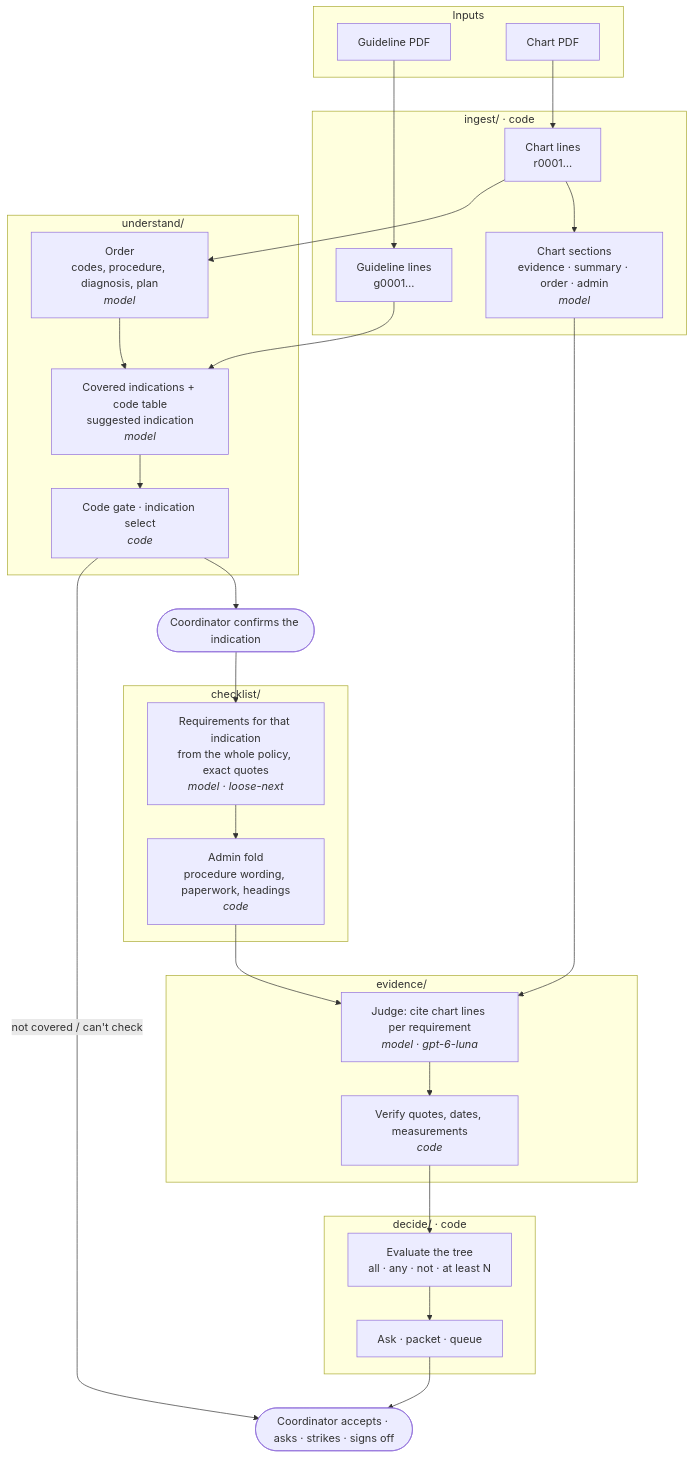
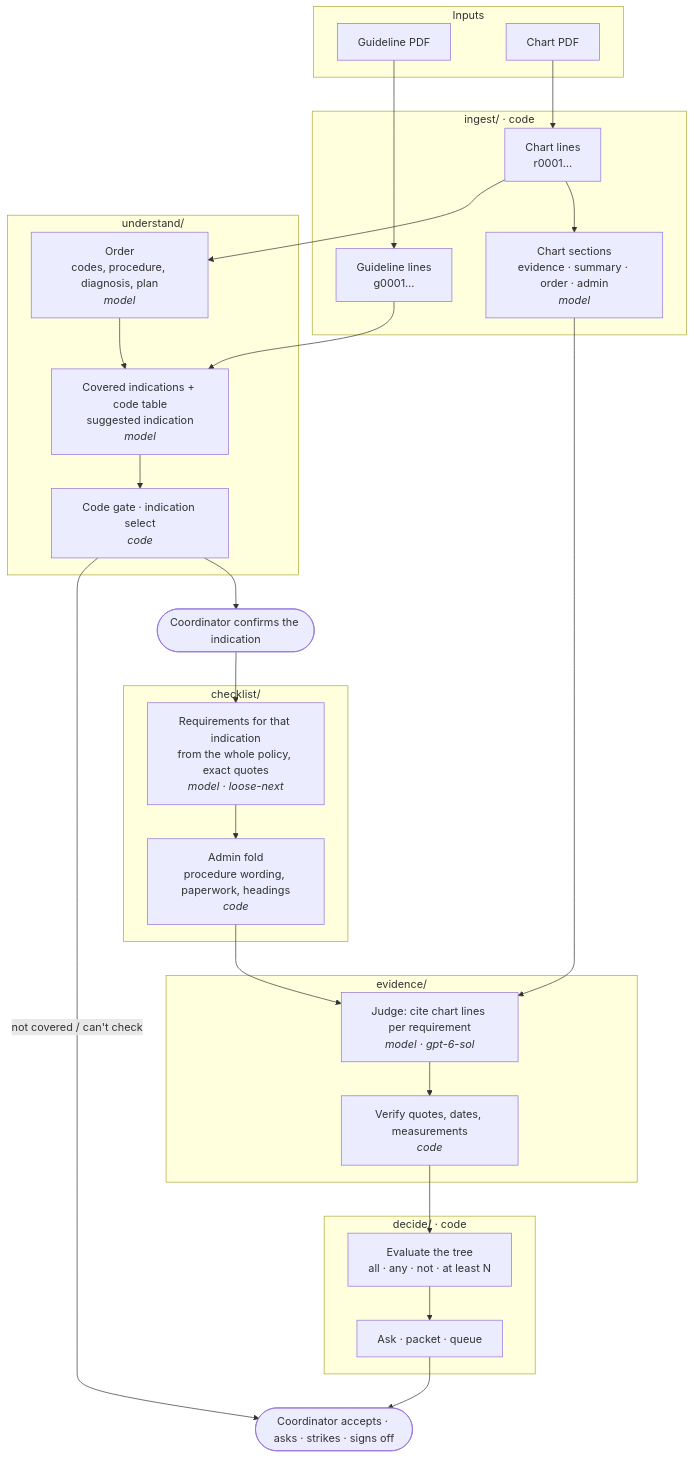
Before and after one commit to praneeljoshi/aira-necessity-mvp: the diagram in docs/architecture.md, drawn with Mermaid.

Commit message:
Judge is sol in diagram

````diff
--- a/docs/architecture.md
+++ b/docs/architecture.md
@@ -6,45 +6,45 @@
 ```mermaid
 flowchart TB
     subgraph IN["Inputs"]
         G["Guideline PDF"]
         C["Chart PDF"]
     end
 
     subgraph INGEST["ingest/ · code"]
         GS["Guideline lines<br/>g0001…"]
         CS["Chart lines<br/>r0001…"]
         A2["Chart sections<br/>evidence · summary · order · admin<br/><i>model</i>"]
     end
 
     subgraph UNDERSTAND["understand/"]
         B["Order<br/>codes, procedure, diagnosis, plan<br/><i>model</i>"]
         CC["Covered indications + code table<br/>suggested indication<br/><i>model</i>"]
         SEL["Code gate · indication select<br/><i>code</i>"]
     end
 
     P1(["Coordinator confirms the indication"])
 
     subgraph CHECK["checklist/"]
         H["Requirements for that indication<br/>from the whole policy, exact quotes<br/><i>model · loose-next</i>"]
         ADM["Admin fold<br/>procedure wording, paperwork, headings<br/><i>code</i>"]
     end
 
     subgraph EVID["evidence/"]
-        J["Judge: cite chart lines per requirement<br/><i>model · gpt-6-luna</i>"]
+        J["Judge: cite chart lines per requirement<br/><i>model · gpt-6-sol</i>"]
         V["Verify quotes, dates, measurements<br/><i>code</i>"]
     end
 
     subgraph DECIDE["decide/ · code"]
         K["Evaluate the tree<br/>all · any · not · at least N"]
         L["Ask · packet · queue"]
     end
 
     P2(["Coordinator accepts · asks · strikes · signs off"])
 
     G --> GS --> CC
     C --> CS --> B --> CC --> SEL
     CS --> A2
     SEL -->|"not covered / can't check"| P2
     SEL --> P1 --> H --> ADM --> J
     A2 --> J --> V --> K --> L --> P2
 ```
````
